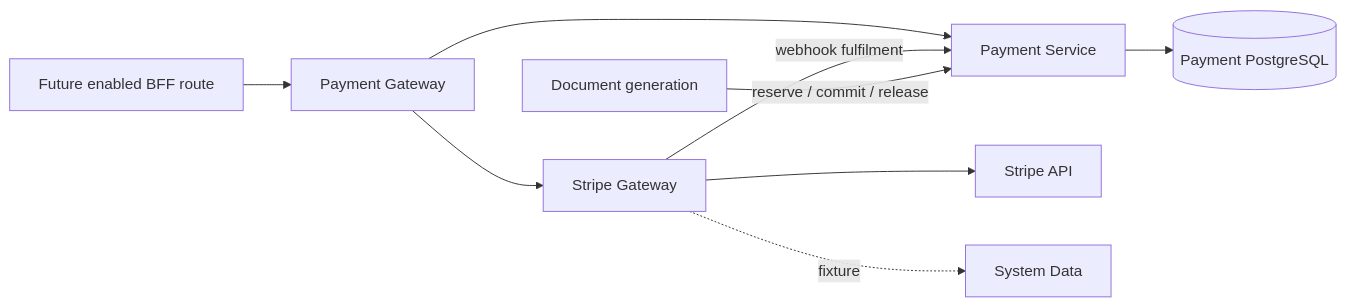
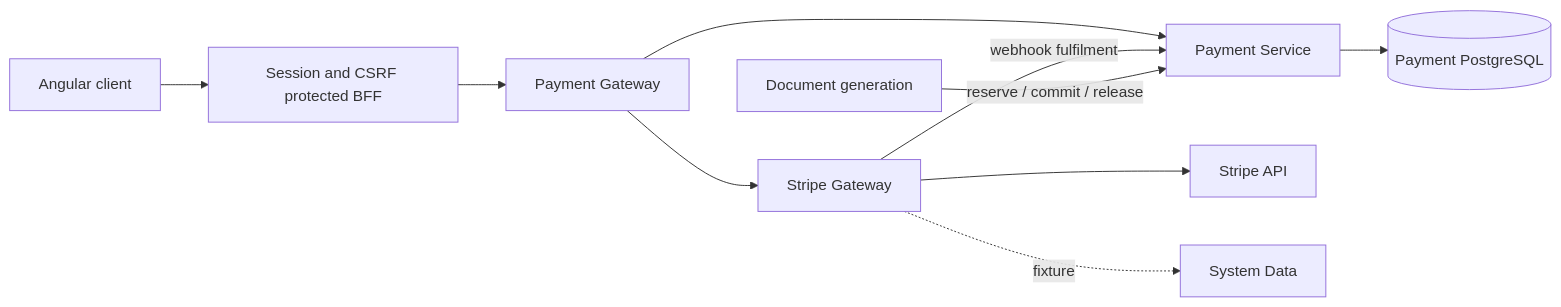
Before and after one commit to jobseekercopilot/infrastructure: the second of 2 diagrams in docs-site/docs/journeys/reporting-payments.md, drawn with Mermaid. The commit also changed other lines of this file and 13 other files, not shown here.

````diff
--- a/docs-site/docs/journeys/reporting-payments.md
+++ b/docs-site/docs/journeys/reporting-payments.md
@@ -40,11 +40,12 @@
 ```mermaid
 flowchart LR
-  FutureBFF[Future enabled BFF route] --> PG[Payment Gateway]
+  UI[Angular client] --> BFF[Session and CSRF protected BFF]
+  BFF --> PG[Payment Gateway]
   PG --> Pay[Payment Service]
   PG --> Stripe[Stripe Gateway]
   Stripe --> External[Stripe API]
   Stripe -. fixture .-> System[System Data]
   Stripe -->|webhook fulfilment| Pay
   Pay --> DB[(Payment PostgreSQL)]
   Doc[Document generation] -->|reserve / commit / release| Pay
 ```
````
